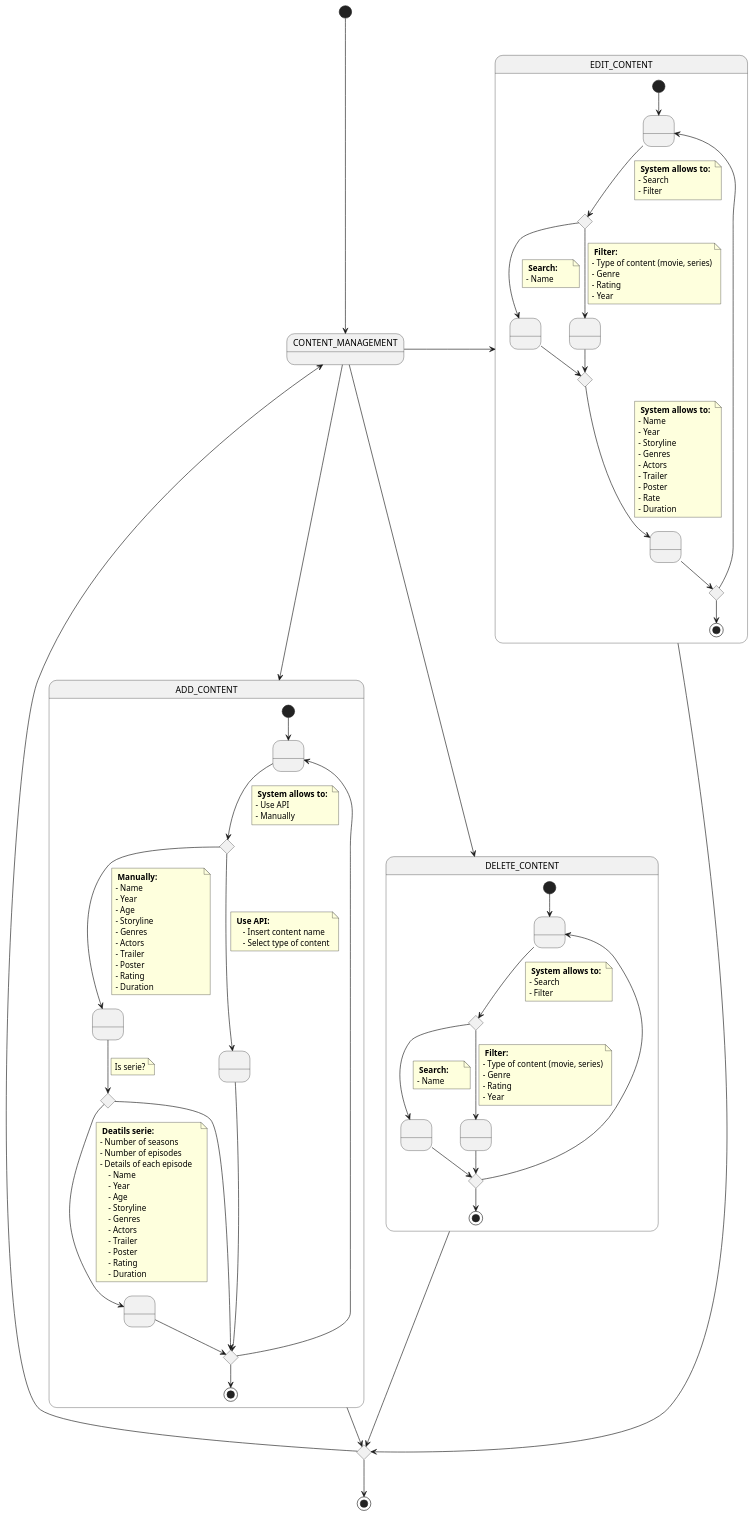
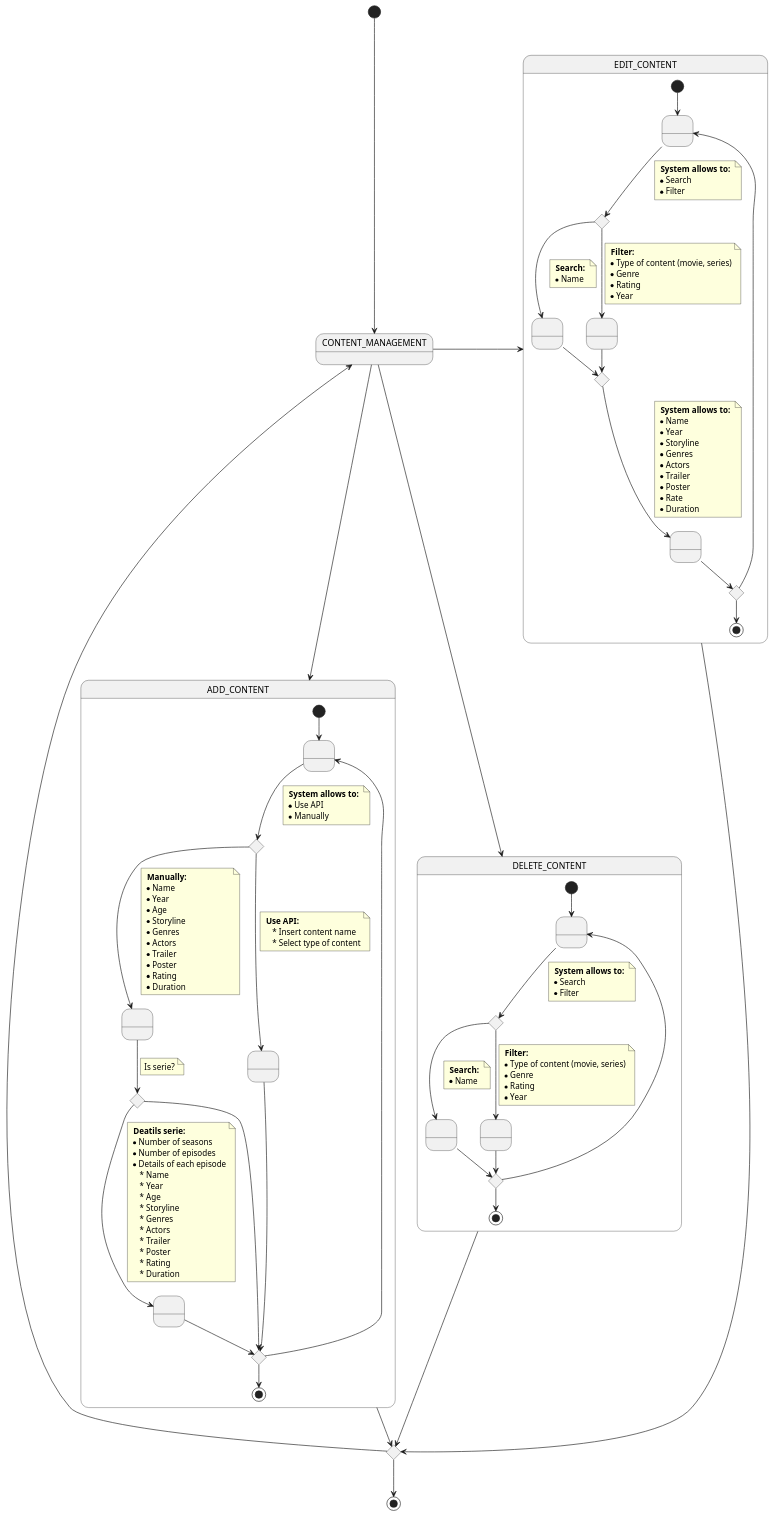
Before and after one commit to vfred0/requeriments-flixxic: the diagram in docs/1-requeriments/2-use-cases-specifications/admin/content-management.puml, drawn with PlantUML. The commit also changed 7 other files, not shown here.

```diff
--- a/docs/1-requeriments/2-use-cases-specifications/admin/content-management.puml
+++ b/docs/1-requeriments/2-use-cases-specifications/admin/content-management.puml
@@ -1,174 +1,174 @@
 @startuml content-management
 state ADD_CONTENT {
     state ACS1 as " "
     state ACS2 as " "    
     state ACS3 as " "    
     state ACS4 as " "    
     state ACSC1 <<choice>>   
     state ACSC2 <<choice>>   
     state ACSC3 <<choice>>   
 
     [*] --> ACS1
     ACS1 --> ACSC1 
     note on link 
         <b> System allows to: </b>
-        - Use API
-        - Manually
+        * Use API
+        * Manually
     end note
     ACSC1 --> ACS2
     note on link 
         <b> Manually: </b>                    
-        - Name    
-        - Year 
-        - Age
-        - Storyline
-        - Genres
-        - Actors
-        - Trailer
-        - Poster
-        - Rating
-        - Duration              
+        * Name    
+        * Year 
+        * Age
+        * Storyline
+        * Genres
+        * Actors
+        * Trailer
+        * Poster
+        * Rating
+        * Duration              
     end note
 
     ACSC1 --> ACS3 
     note on link
     <b> Use API: </b>
-        - Insert content name
-        - Select type of content
+        * Insert content name
+        * Select type of content
     end note       
     
     ACS2 --> ACSC2    
     note on link 
         Is serie?
     end note
 
     ACSC2  --> ACS4
     note on link 
         <b> Deatils serie: </b>
-        - Number of seasons
-        - Number of episodes        
-        - Details of each episode
-            - Name    
-            - Year 
-            - Age 
-            - Storyline
-            - Genres
-            - Actors
-            - Trailer
-            - Poster
-            - Rating
-            - Duration   
+        * Number of seasons
+        * Number of episodes        
+        * Details of each episode
+            * Name    
+            * Year 
+            * Age 
+            * Storyline
+            * Genres
+            * Actors
+            * Trailer
+            * Poster
+            * Rating
+            * Duration   
     end note
 
     
     ACSC2 --> ACSC3
     ACS3 --> ACSC3
     ACS4 --> ACSC3
     ACSC3 --> [*]
     ACSC3 --> ACS1    
 }
 
 state DELETE_CONTENT {
     state DCS1 as " "
     state DCS2 as " "    
     state DCS3 as " "    
     state DCSC1 <<choice>>   
     state DCSC2 <<choice>>   
 
     [*] --> DCS1
     DCS1 --> DCSC1 
     note on link 
         <b> System allows to: </b>
-        - Search 
-        - Filter
+        * Search 
+        * Filter
     end note
 
     DCSC1 --> DCS2
     note on link 
         <b> Search: </b>
-        - Name        
+        * Name        
     end note
 
     DCSC1 --> DCS3
     note on link 
         <b> Filter: </b>
-        - Type of content (movie, series)
-        - Genre
-        - Rating
-        - Year          
+        * Type of content (movie, series)
+        * Genre
+        * Rating
+        * Year          
     end note
 
     DCS2 --> DCSC2
     DCS3 --> DCSC2
     DCSC2 --> [*]
     DCSC2 --> DCS1        
 }
 
 state EDIT_CONTENT {
     state ECS1 as " "
     state ECS2 as " "    
     state ECS3 as " "    
     state ECS4 as " "    
     state ECSC1 <<choice>>   
     state ECSC2 <<choice>>   
     state ECSC3 <<choice>>   
 
     [*] --> ECS1
     ECS1 --> ECSC1 
     note on link 
         <b> System allows to: </b>
-        - Search 
-        - Filter
+        * Search 
+        * Filter
     end note
 
     ECSC1 --> ECS2
     note on link 
         <b> Search: </b>
-        - Name        
+        * Name        
     end note
 
     ECSC1 --> ECS3
     note on link 
         <b> Filter: </b>
-        - Type of content (movie, series)
-        - Genre
-        - Rating
-        - Year          
+        * Type of content (movie, series)
+        * Genre
+        * Rating
+        * Year          
     end note
 
     ECS2 --> ECSC2
     ECS3 --> ECSC2
     ECSC2 --> ECS4
     note on link 
         <b> System allows to: </b>
-        - Name
-        - Year 
-        - Storyline
-        - Genres
-        - Actors
-        - Trailer
-        - Poster
-        - Rate
-        - Duration   
+        * Name
+        * Year 
+        * Storyline
+        * Genres
+        * Actors
+        * Trailer
+        * Poster
+        * Rate
+        * Duration   
     end note
 
     ECS4 --> ECSC3
     ECSC3 --> [*]
     ECSC3 --> ECS1     
 }
 
 [*] --> CONTENT_MANAGEMENT
 
 CONTENT_MANAGEMENT --> ADD_CONTENT
 CONTENT_MANAGEMENT --> DELETE_CONTENT
 CONTENT_MANAGEMENT -right-> EDIT_CONTENT
 
 state union <<choice>>
 ADD_CONTENT --> union 
 DELETE_CONTENT --> union 
 EDIT_CONTENT --> union 
 
 union --> [*]
 union -left-> CONTENT_MANAGEMENT
 
 @enduml
```
